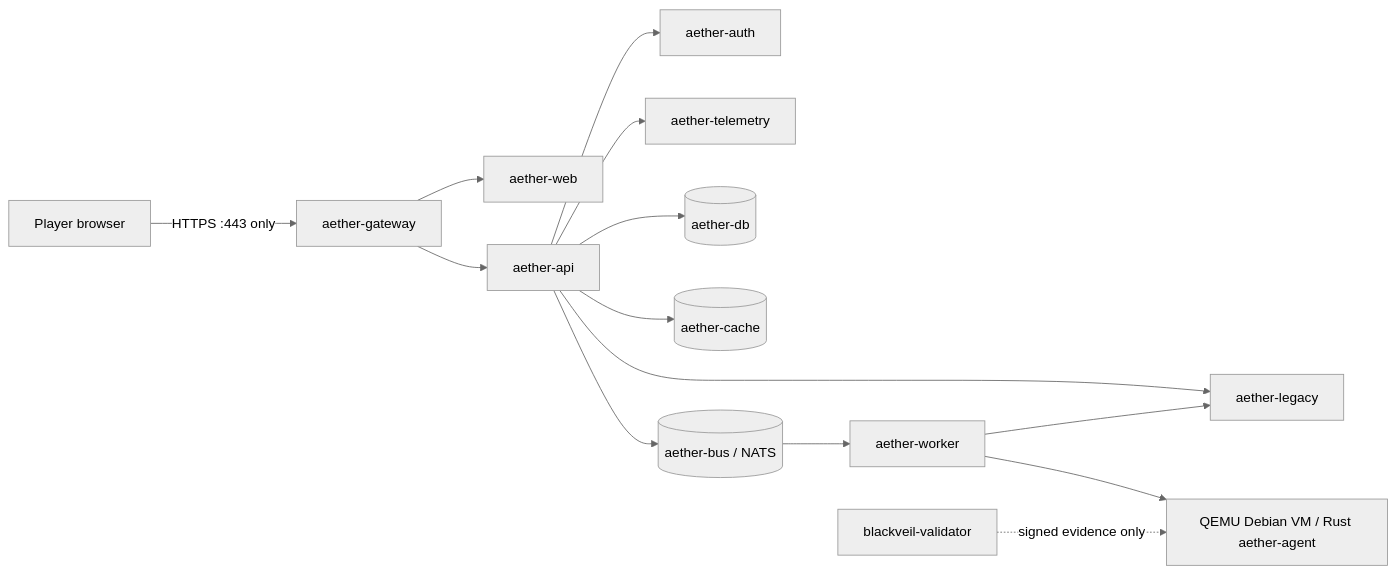
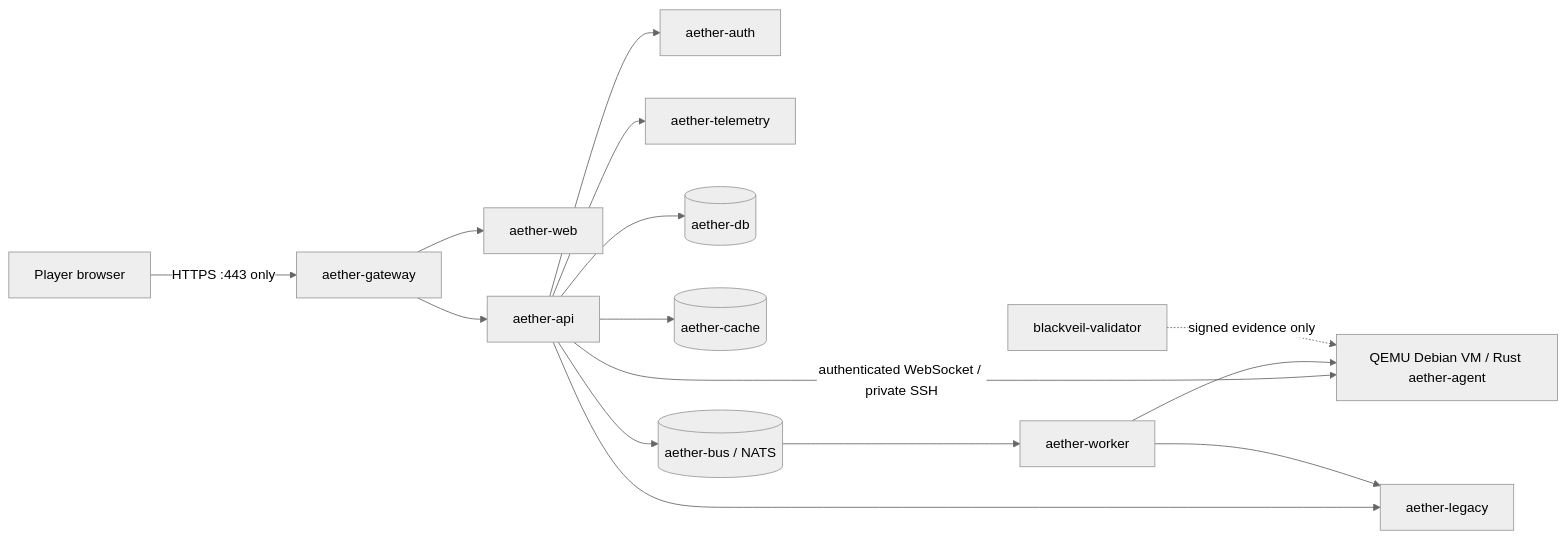
One commit to Loic-ally/Blackveil changed the diagram in blackveil/docs/architecture/network.md. Above: the diagram before and after it, drawn with Mermaid (neutral theme). The commit also changed other lines of this file and 22 other files, not shown here.

````diff
--- a/blackveil/docs/architecture/network.md
+++ b/blackveil/docs/architecture/network.md
@@ -5,16 +5,17 @@
 ```mermaid
 flowchart LR
     P[Player browser] -->|HTTPS :443 only| G[aether-gateway]
     G --> W[aether-web]
     G --> A[aether-api]
+    A -->|authenticated WebSocket / private SSH| VM[QEMU Debian VM]
     A --> AU[aether-auth]
     A --> L[aether-legacy]
     A --> T[aether-telemetry]
     A --> PG[(aether-db)]
     A --> R[(aether-cache)]
     A --> N[(aether-bus / NATS)]
     N --> WK[aether-worker]
     WK --> L
     WK --> VM[QEMU Debian VM / Rust aether-agent]
     V[blackveil-validator] -. signed evidence only .-> VM
 ```
````
